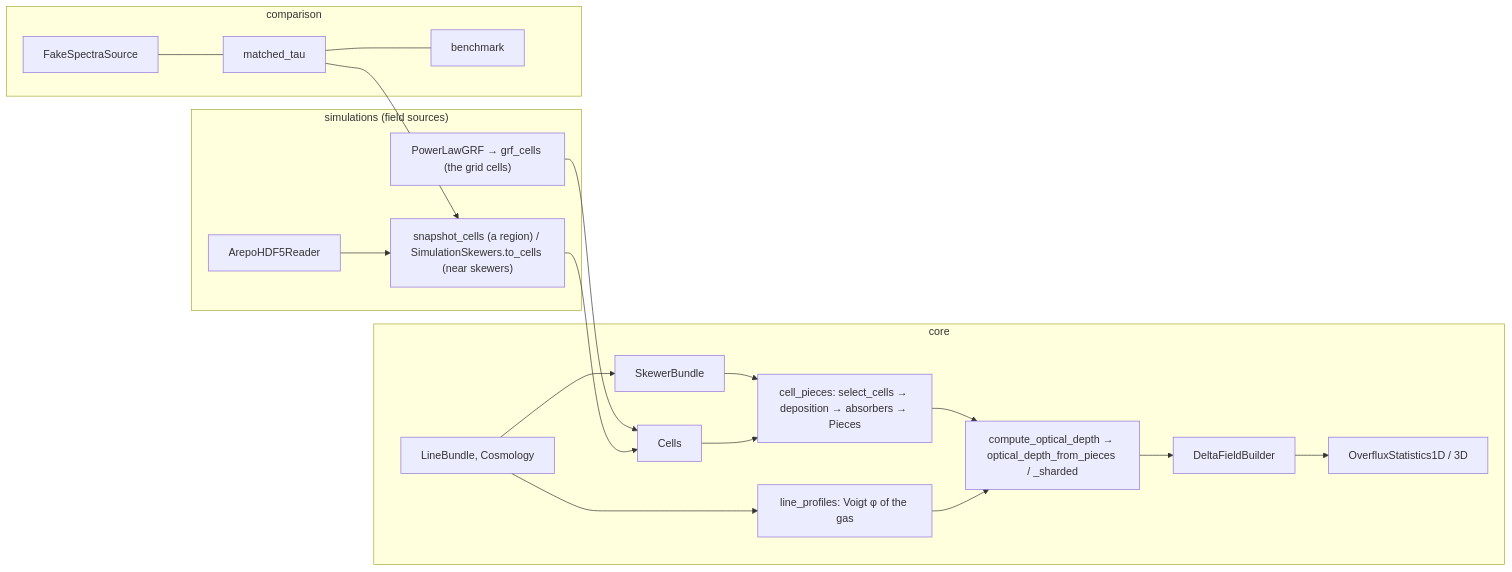
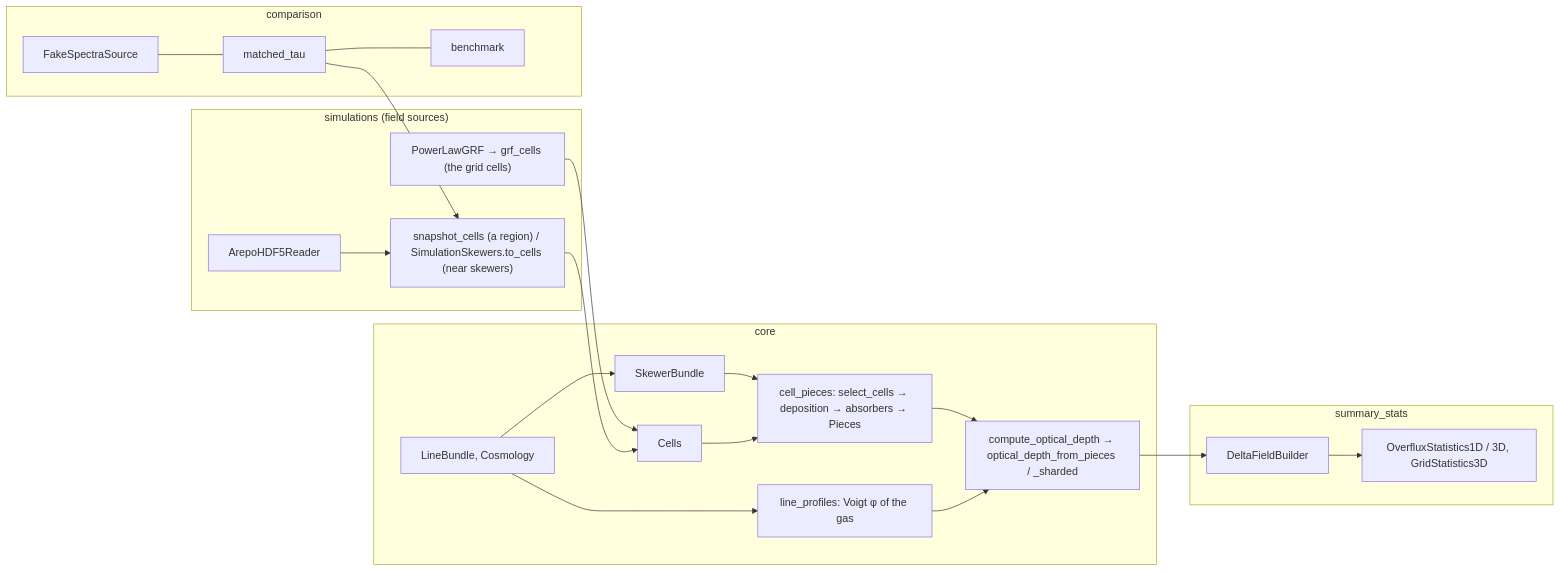
The diagram in docs/usage.md (daniellopezcano/SkewerJAX), drawn with Mermaid before and after one commit. The commit also changed other lines of this file and 30 other files, not shown here.

````diff
--- a/docs/usage.md
+++ b/docs/usage.md
@@ -7,22 +7,25 @@
 ```mermaid
 flowchart LR
     subgraph A["core"]
         L[LineBundle, Cosmology] --> S[SkewerBundle]
         S --> LS["cell_pieces: select_cells → deposition → absorbers → Pieces"]
         CE[Cells] --> LS
         L --> LP["line_profiles: Voigt φ of the gas"]
         LS --> T["compute_optical_depth → optical_depth_from_pieces / _sharded"]
         LP --> T
-        T --> O[DeltaFieldBuilder] --> ST[OverfluxStatistics1D / 3D]
     end
+    subgraph SS["summary_stats"]
+        O[DeltaFieldBuilder] --> ST["OverfluxStatistics1D / 3D, GridStatistics3D"]
+    end
+    T --> O
     subgraph B["simulations (field sources)"]
         G["PowerLawGRF → grf_cells (the grid cells)"]
         R[ArepoHDF5Reader] --> SC["snapshot_cells (a region) / SimulationSkewers.to_cells (near skewers)"]
     end
     subgraph C["comparison"]
         FS[FakeSpectraSource] --- MT[matched_tau] --- BM[benchmark]
     end
     G --> CE
     SC --> CE
     MT --> SC
 ```
````
